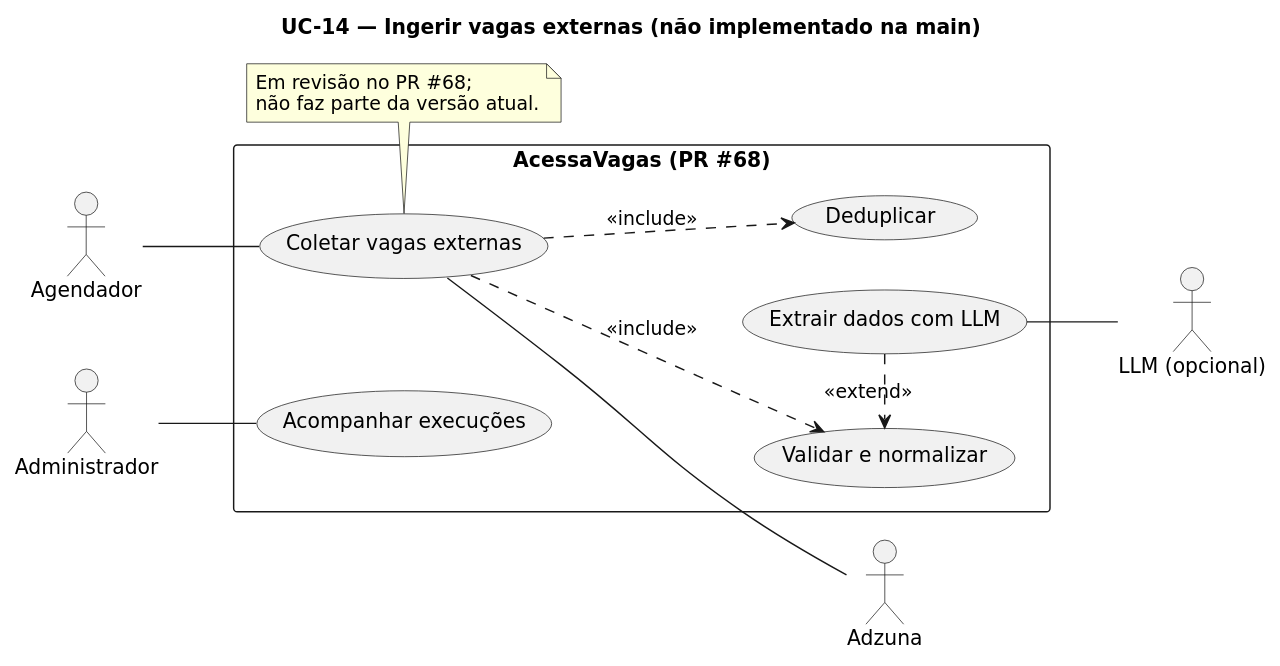
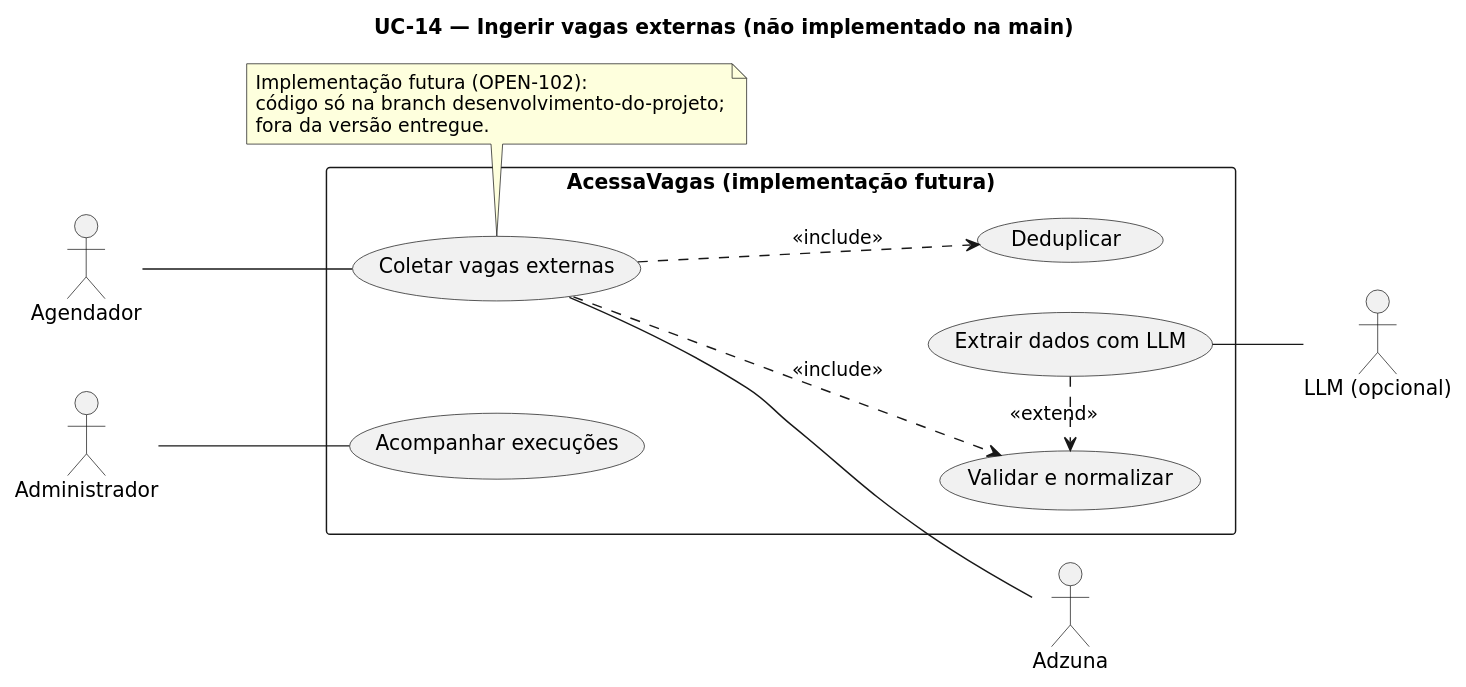
The diagram in docs/Diagramas Caso De Uso/fonte/UC-14-ingestao-json.puml (rafael-marquart/Trabalho_ModelagemDeSistema), drawn with PlantUML before and after one commit. The commit also changed 25 other files, not shown here.

First line of the commit message:
docs: alinhar documentação da main com a versão entregue

```diff
--- a/docs/Diagramas Caso De Uso/fonte/UC-14-ingestao-json.puml
+++ b/docs/Diagramas Caso De Uso/fonte/UC-14-ingestao-json.puml
@@ -1,25 +1,25 @@
 @startuml
 skinparam shadowing false
 skinparam defaultFontName DejaVu Sans
 left to right direction
 title UC-14 — Ingerir vagas externas (não implementado na main)
 actor "Agendador" as AG
 actor "Administrador" as A
 actor "Adzuna" as Z
 actor "LLM (opcional)" as L
-rectangle "AcessaVagas (PR #68)" {
+rectangle "AcessaVagas (implementação futura)" {
   usecase "Coletar vagas externas" as C
   usecase "Validar e normalizar" as V
   usecase "Extrair dados com LLM" as X
   usecase "Deduplicar" as D
   usecase "Acompanhar execuções" as AC
 }
 AG -- C
 A -- AC
 C -- Z
 C ..> V : <<include>>
 C ..> D : <<include>>
 X .> V : <<extend>>
 X -- L
-note bottom of C : Em revisão no PR #68;\nnão faz parte da versão atual.
+note bottom of C : Implementação futura (OPEN-102):\ncódigo só na branch desenvolvimento-do-projeto;\nfora da versão entregue.
 @enduml
```
